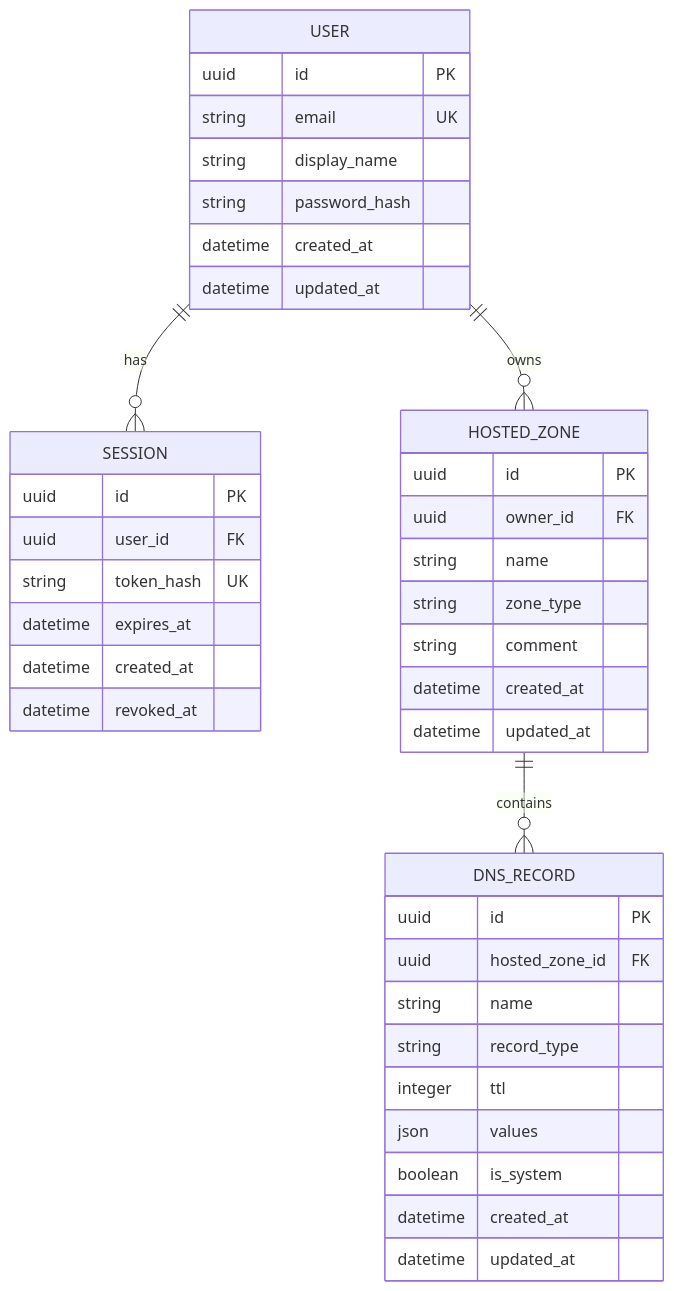
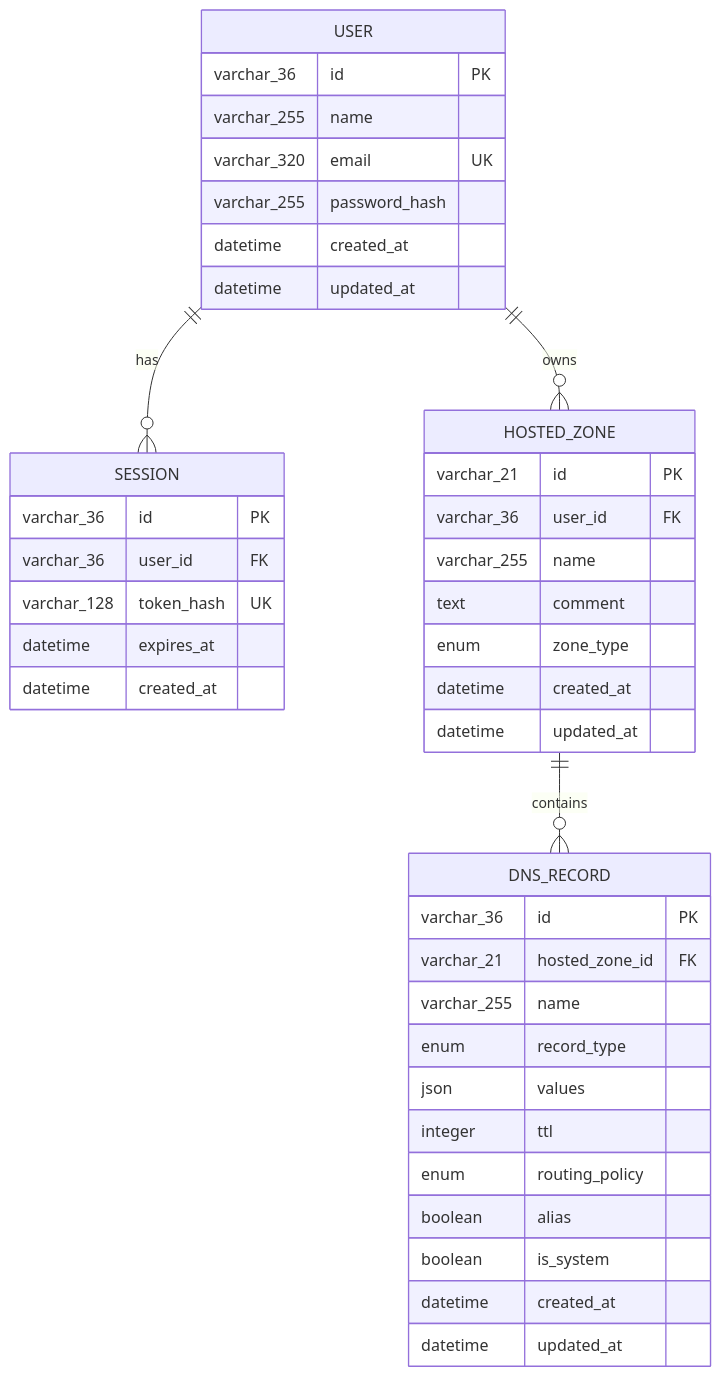
One commit to rit2001/route53-clone changed the diagram in docs/data-model.md. Above: the diagram before and after it, drawn with Mermaid. The commit also changed other lines of this file and 20 other files, not shown here.

Commit message:
feat(database): add core persistence schema

````diff
--- a/docs/data-model.md
+++ b/docs/data-model.md
@@ -7,43 +8,44 @@
 ```mermaid
 erDiagram
     USER ||--o{ SESSION : has
     USER ||--o{ HOSTED_ZONE : owns
     HOSTED_ZONE ||--o{ DNS_RECORD : contains
 
     USER {
-        uuid id PK
-        string email UK
-        string display_name
-        string password_hash
+        varchar_36 id PK
+        varchar_255 name
+        varchar_320 email UK
+        varchar_255 password_hash
         datetime created_at
         datetime updated_at
     }
     SESSION {
-        uuid id PK
-        uuid user_id FK
-        string token_hash UK
+        varchar_36 id PK
+        varchar_36 user_id FK
+        varchar_128 token_hash UK
         datetime expires_at
         datetime created_at
-        datetime revoked_at
     }
     HOSTED_ZONE {
-        uuid id PK
-        uuid owner_id FK
-        string name
-        string zone_type
-        string comment
+        varchar_21 id PK
+        varchar_36 user_id FK
+        varchar_255 name
+        text comment
+        enum zone_type
         datetime created_at
         datetime updated_at
     }
     DNS_RECORD {
-        uuid id PK
-        uuid hosted_zone_id FK
-        string name
-        string record_type
+        varchar_36 id PK
+        varchar_21 hosted_zone_id FK
+        varchar_255 name
+        enum record_type
+        json values
         integer ttl
-        json values
+        enum routing_policy
+        boolean alias
         boolean is_system
         datetime created_at
         datetime updated_at
     }
 ```
````
